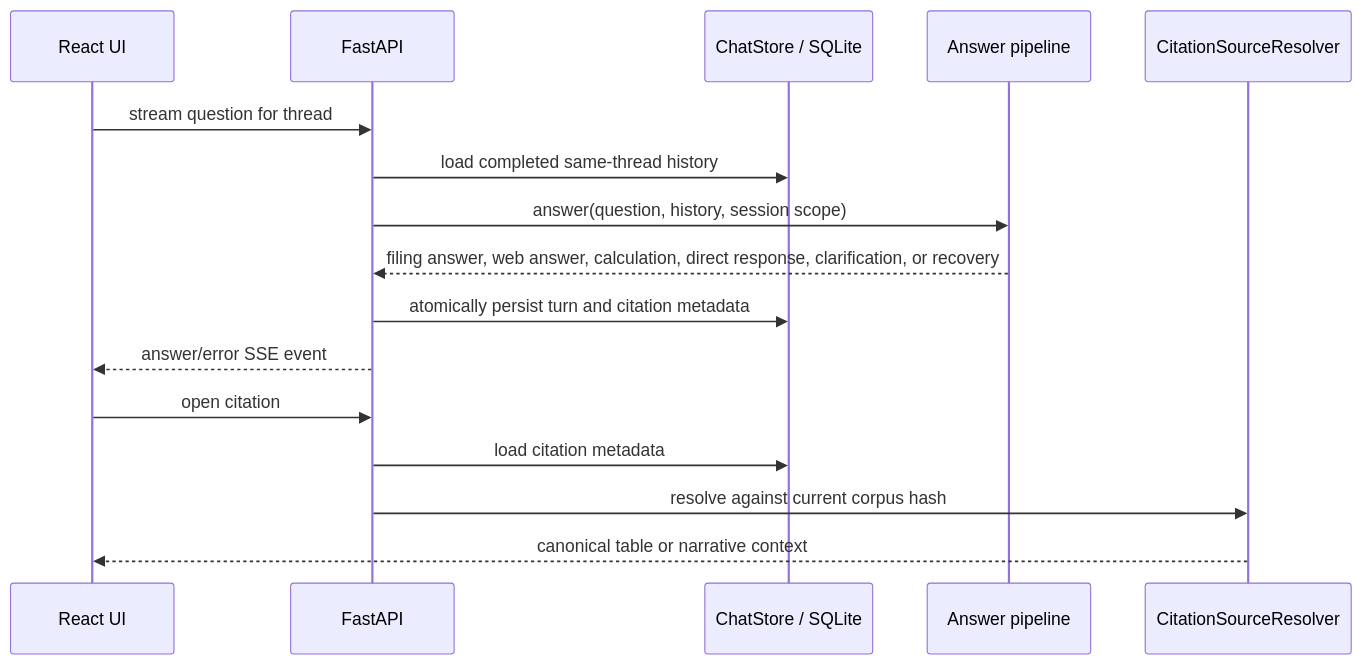
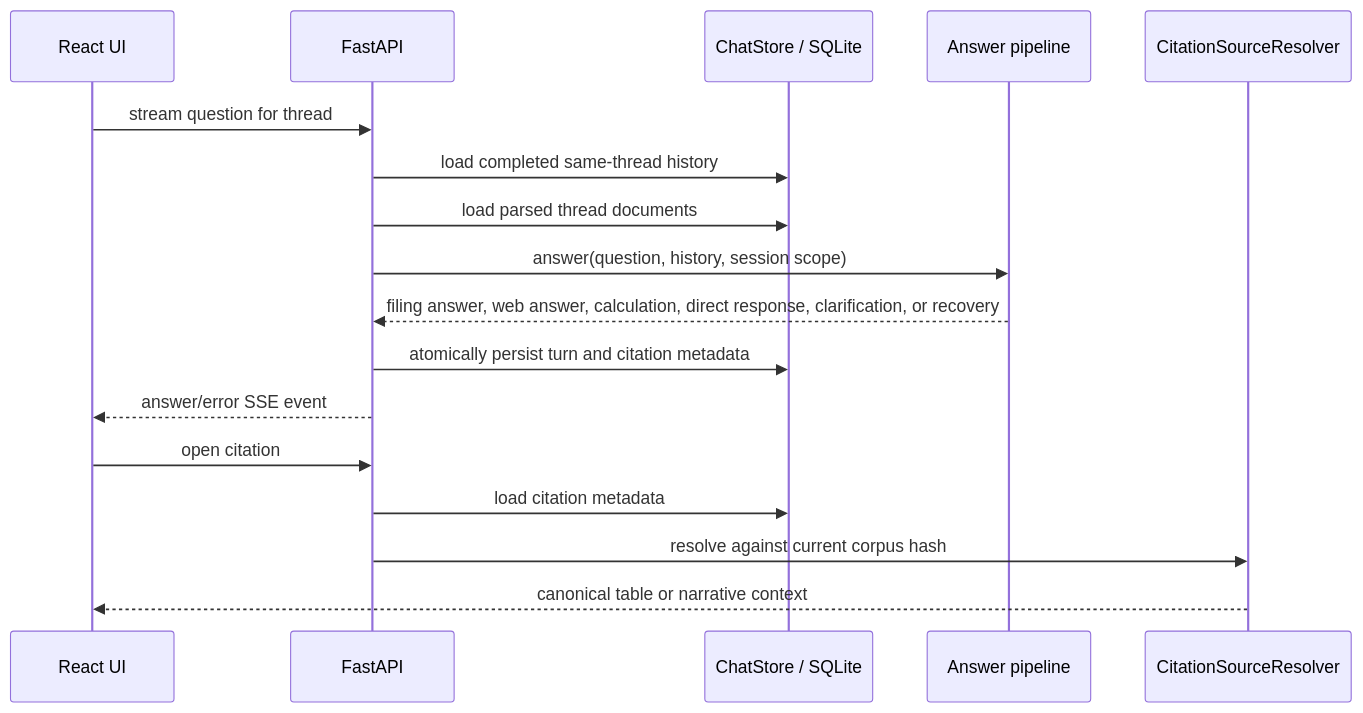
Before and after one commit to nikolabakic/Banking-Technology-and-Operational-Risk-Intelligence-Assistant: the diagram in src/bankscope/chat/README.md, drawn with Mermaid. The commit also changed other lines of this file and 24 other files, not shown here.

````diff
--- a/src/bankscope/chat/README.md
+++ b/src/bankscope/chat/README.md
@@ -5,18 +5,19 @@
 ```mermaid
 sequenceDiagram
     participant UI as React UI
     participant API as FastAPI
     participant DB as ChatStore / SQLite
     participant P as Answer pipeline
     participant S as CitationSourceResolver
     UI->>API: stream question for thread
     API->>DB: load completed same-thread history
+    API->>DB: load parsed thread documents
     API->>P: answer(question, history, session scope)
     P-->>API: filing answer, web answer, calculation, direct response, clarification, or recovery
     API->>DB: atomically persist turn and citation metadata
     API-->>UI: answer/error SSE event
     UI->>API: open citation
     API->>DB: load citation metadata
     API->>S: resolve against current corpus hash
     S-->>UI: canonical table or narrative context
 ```
````
